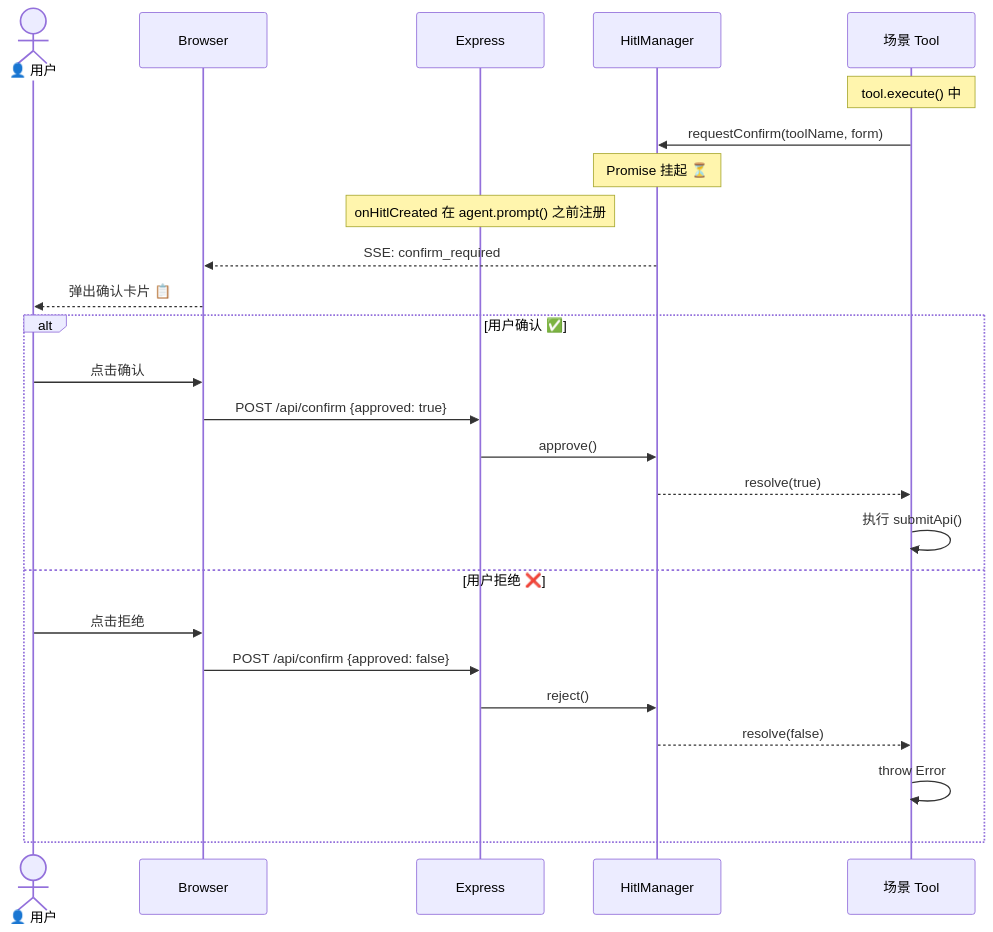
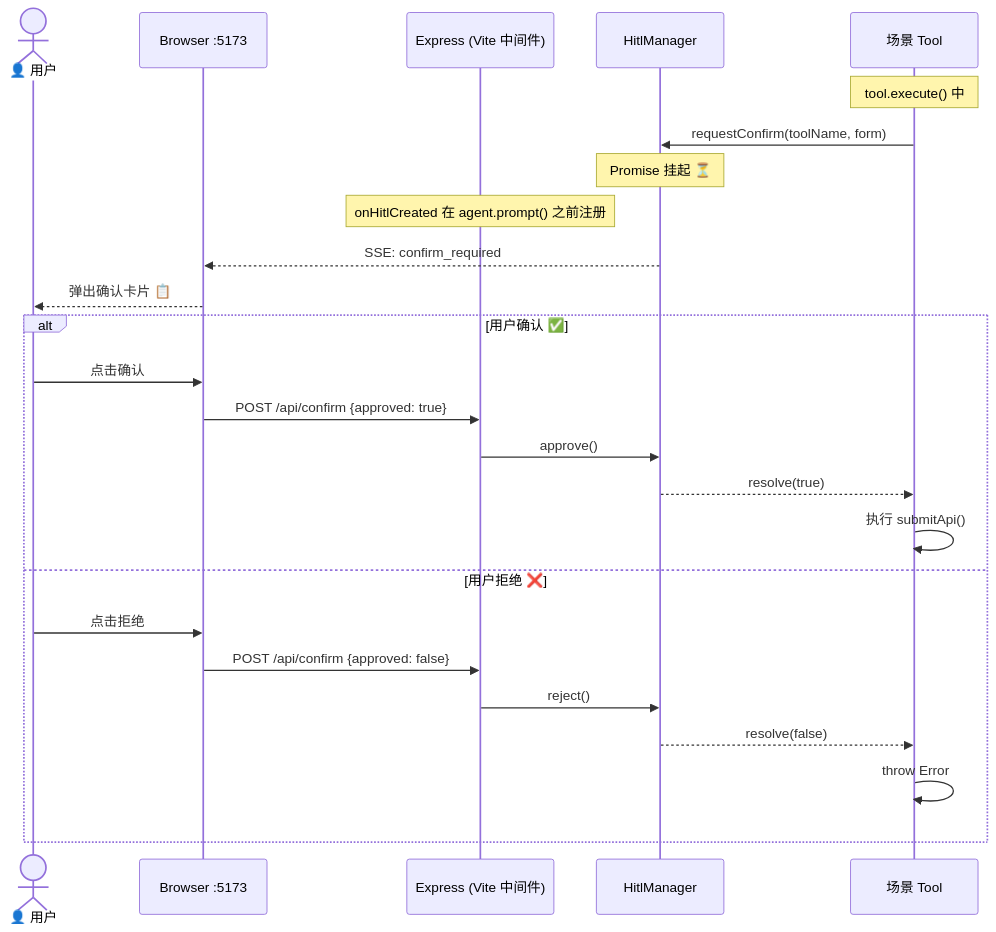
One commit to yjzaaa/leave-approval-agent changed the fifth of 5 diagrams in src/CLAUDE.md. Above: the diagram before and after it, drawn with Mermaid. The commit also changed other lines of this file and 11 other files, not shown here.

````diff
--- a/src/CLAUDE.md
+++ b/src/CLAUDE.md
@@ -234,30 +354,30 @@
 ```mermaid
 sequenceDiagram
     actor User as 👤 用户
-    participant Browser as Browser
-    participant Express as Express
+    participant Browser as Browser :5173
+    participant Express as Express (Vite 中间件)
     participant Hitl as HitlManager
     participant Tool as 场景 Tool
 
     Note over Tool: tool.execute() 中
     Tool->>Hitl: requestConfirm(toolName, form)
     Note over Hitl: Promise 挂起 ⏳
     Note over Express: onHitlCreated 在 agent.prompt() 之前注册
 
     Hitl-->>Browser: SSE: confirm_required
     Browser-->>User: 弹出确认卡片 📋
 
     alt 用户确认 ✅
         User->>Browser: 点击确认
         Browser->>Express: POST /api/confirm {approved: true}
         Express->>Hitl: approve()
         Hitl-->>Tool: resolve(true)
         Tool->>Tool: 执行 submitApi()
     else 用户拒绝 ❌
         User->>Browser: 点击拒绝
         Browser->>Express: POST /api/confirm {approved: false}
         Express->>Hitl: reject()
         Hitl-->>Tool: resolve(false)
         Tool->>Tool: throw Error
     end
 ```
````
